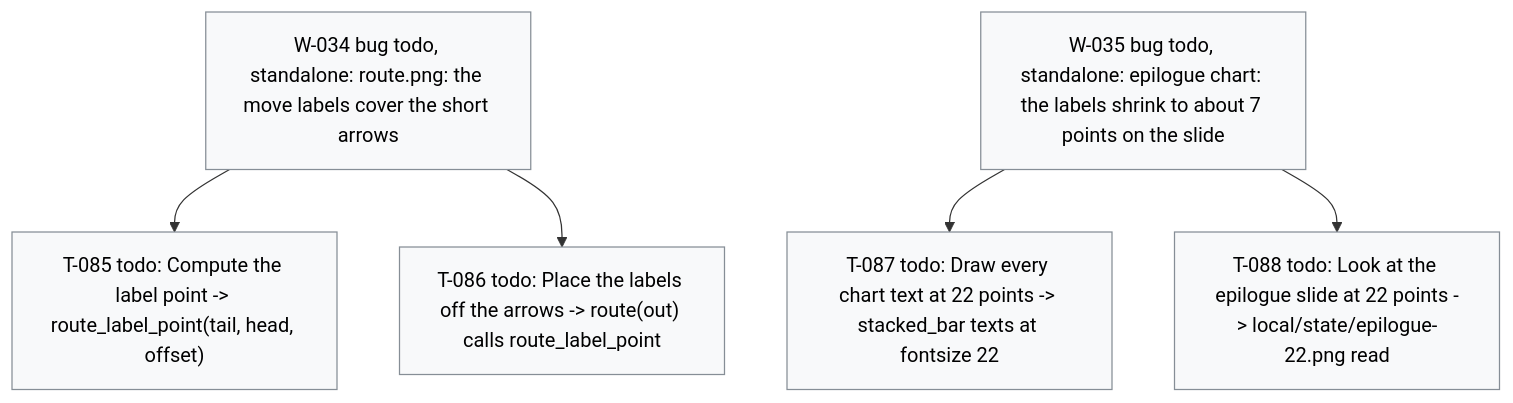
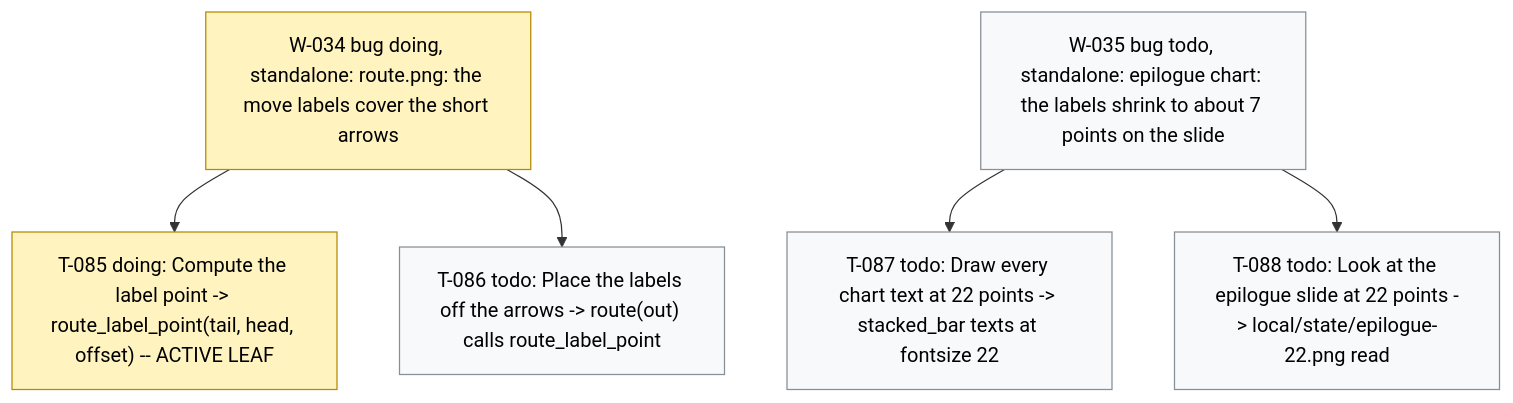
One commit to dpopchev/chaos-to-simple changed the diagram in .board/BOARD.md. Above: the diagram before and after it, drawn with Mermaid. The commit also changed other lines of this file and 2 other files, not shown here.

Commit message:
chore(board): activate W-034, start T-085
Refs: W-034 T-085

````diff
--- a/.board/BOARD.md
+++ b/.board/BOARD.md
@@ -228,15 +228,16 @@
 ```mermaid
 flowchart TD
-  W034["W-034 bug todo, standalone: route.png: the move labels cover the short arrows"]
-  W034 --> T085["T-085 todo: Compute the label point -> route_label_point(tail, head, offset)"]
+  W034["W-034 bug doing, standalone: route.png: the move labels cover the short arrows"]
+  W034 --> T085["T-085 doing: Compute the label point -> route_label_point(tail, head, offset) -- ACTIVE LEAF"]
   W034 --> T086["T-086 todo: Place the labels off the arrows -> route(out) calls route_label_point"]
   W035["W-035 bug todo, standalone: epilogue chart: the labels shrink to about 7 points on the slide"]
   W035 --> T087["T-087 todo: Draw every chart text at 22 points -> stacked_bar texts at fontsize 22"]
   W035 --> T088["T-088 todo: Look at the epilogue slide at 22 points -> local/state/epilogue-22.png read"]
   classDef doing fill:#fff3bf,stroke:#b58900,color:#000;
   classDef blocked fill:#ffe3e3,stroke:#c92a2a,color:#000;
   classDef done fill:#e6ffed,stroke:#2b8a3e,color:#000;
   classDef todo fill:#f8f9fa,stroke:#868e96,color:#000;
   classDef pruned fill:#f1f3f5,stroke:#adb5bd,color:#000;
-  class W034,T085,T086,W035,T087,T088 todo
+  class W034,T085 doing
+  class T086,W035,T087,T088 todo
 ```
````
